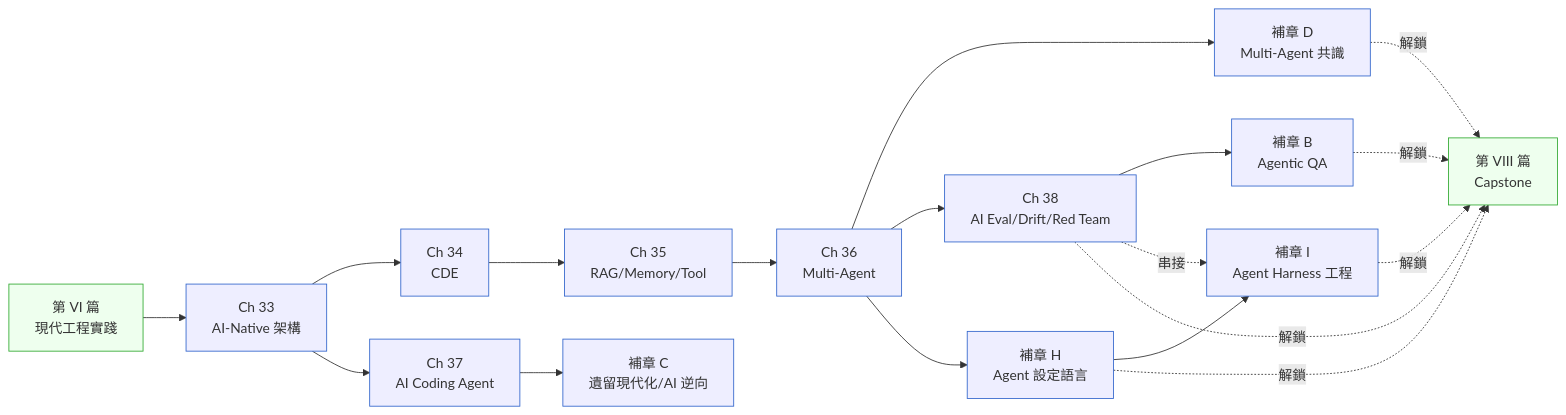
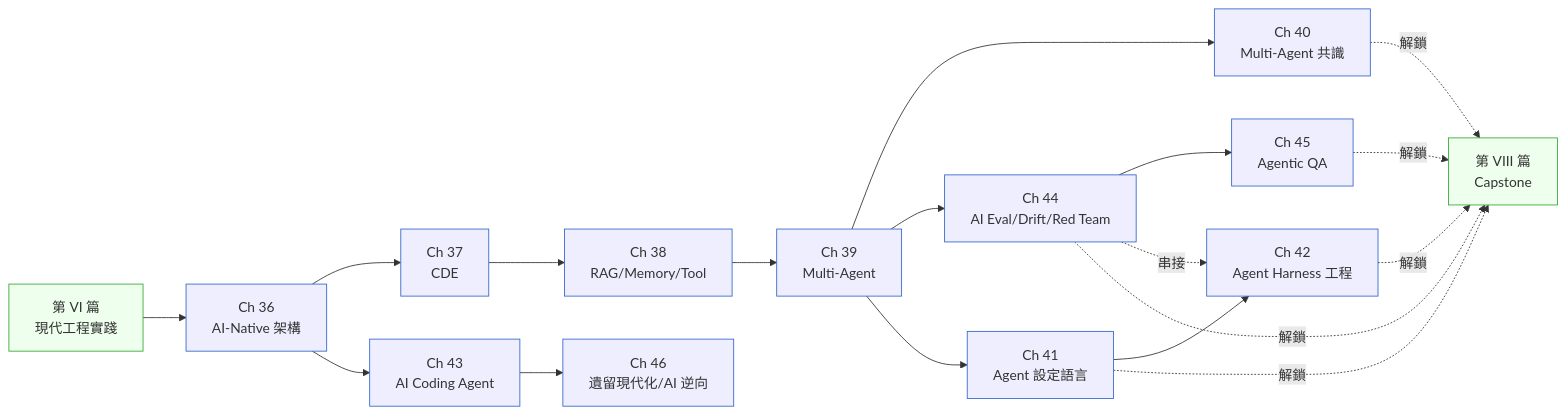
The diagram in book/part-07-ai-era/00-overview.md (EddyKuo/sa-sd-playbook), drawn with Mermaid before and after one commit. The commit also changed other lines of this file and 77 other files, not shown here.

````diff
--- a/book/part-07-ai-era/00-overview.md
+++ b/book/part-07-ai-era/00-overview.md
@@ -24,28 +24,28 @@
 ```mermaid
 flowchart LR
     VI["第 VI 篇<br/>現代工程實踐"] --> CH33
 
-    CH33["Ch 33<br/>AI-Native 架構"] --> CH34["Ch 34<br/>CDE"]
-    CH34 --> CH35["Ch 35<br/>RAG/Memory/Tool"]
-    CH35 --> CH36["Ch 36<br/>Multi-Agent"]
-    CH36 --> CHD["補章 D<br/>Multi-Agent 共識"]
-    CH33 --> CH37["Ch 37<br/>AI Coding Agent"]
-    CH36 --> CH38["Ch 38<br/>AI Eval/Drift/Red Team"]
-    CH38 --> CHB["補章 B<br/>Agentic QA"]
-    CH37 --> CHC["補章 C<br/>遺留現代化/AI 逆向"]
-    CH36 --> CHH["補章 H<br/>Agent 設定語言"]
-    CHH --> CHI["補章 I<br/>Agent Harness 工程"]
+    CH33["Ch 36<br/>AI-Native 架構"] --> CH34["Ch 37<br/>CDE"]
+    CH34 --> CH35["Ch 38<br/>RAG/Memory/Tool"]
+    CH35 --> CH36["Ch 39<br/>Multi-Agent"]
+    CH36 --> CHD["Ch 40<br/>Multi-Agent 共識"]
+    CH33 --> CH37["Ch 43<br/>AI Coding Agent"]
+    CH36 --> CH38["Ch 44<br/>AI Eval/Drift/Red Team"]
+    CH38 --> CHB["Ch 45<br/>Agentic QA"]
+    CH37 --> CHC["Ch 46<br/>遺留現代化/AI 逆向"]
+    CH36 --> CHH["Ch 41<br/>Agent 設定語言"]
+    CHH --> CHI["Ch 42<br/>Agent Harness 工程"]
     CH38 -.串接.-> CHI
 
     CHB -.解鎖.-> VIII["第 VIII 篇<br/>Capstone"]
     CHD -.解鎖.-> VIII
     CH38 -.解鎖.-> VIII
     CHH -.解鎖.-> VIII
     CHI -.解鎖.-> VIII
 
     classDef cold fill:#eef,stroke:#36c
     classDef goal fill:#efe,stroke:#3a3
     class CH33,CH34,CH35,CH36,CH37,CH38,CHB,CHC,CHD,CHH,CHI cold
     class VIII goal
     class VI goal
 ```
````
